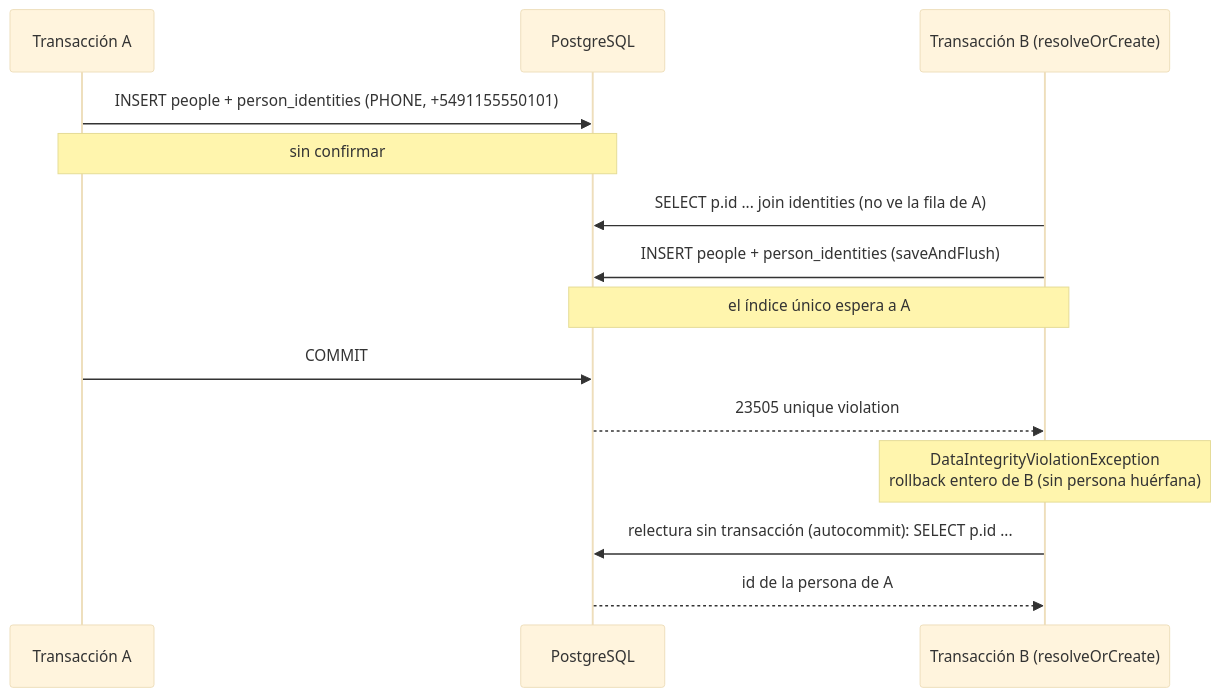
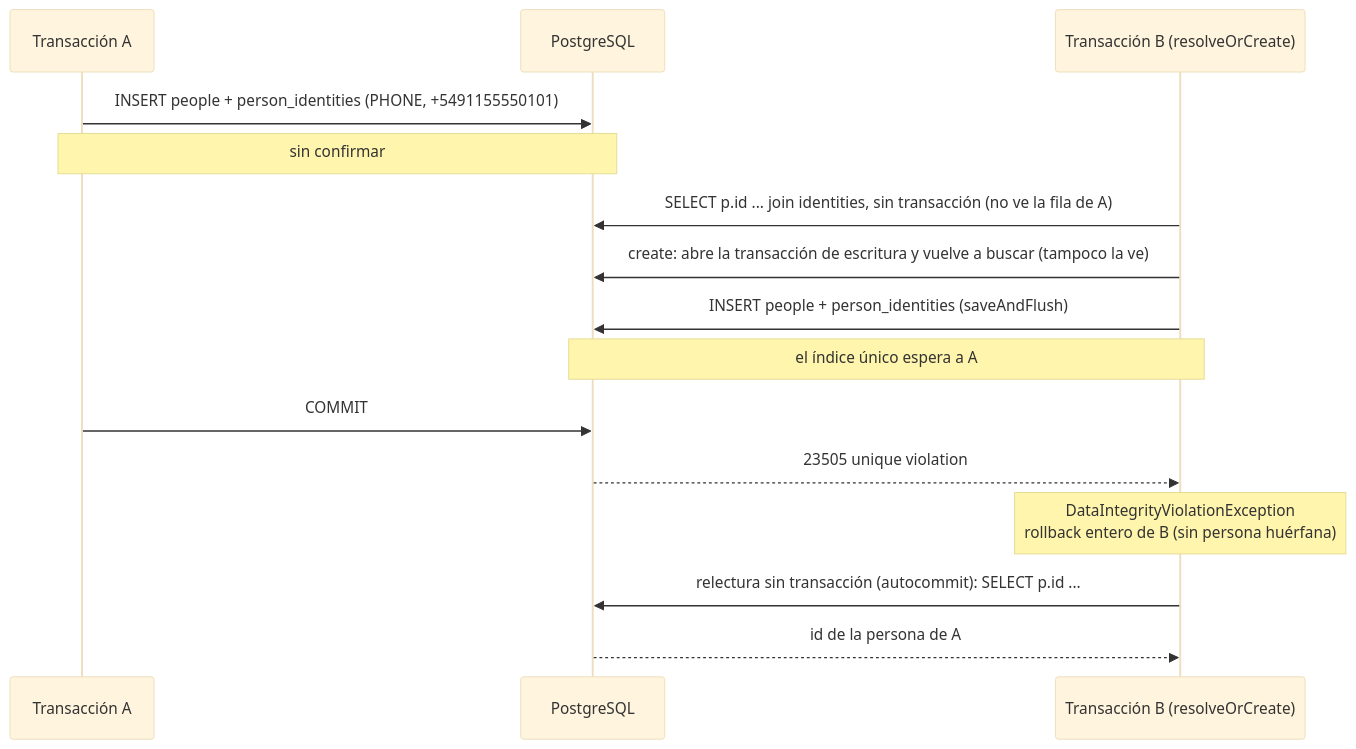
Before and after one commit to zapmaxvevo/communicator-one: the second of 2 diagrams in docs/personas.md, drawn with Mermaid (base theme). The commit also changed other lines of this file and 7 other files, not shown here.

````diff
--- a/docs/personas.md
+++ b/docs/personas.md
@@ -119,16 +121,17 @@
 ```mermaid
 sequenceDiagram
     participant A as Transacción A
     participant DB as PostgreSQL
     participant B as Transacción B (resolveOrCreate)
     A->>DB: INSERT people + person_identities (PHONE, +5491155550101)
     Note over A,DB: sin confirmar
-    B->>DB: SELECT p.id ... join identities (no ve la fila de A)
+    B->>DB: SELECT p.id ... join identities, sin transacción (no ve la fila de A)
+    B->>DB: create: abre la transacción de escritura y vuelve a buscar (tampoco la ve)
     B->>DB: INSERT people + person_identities (saveAndFlush)
     Note over B,DB: el índice único espera a A
     A->>DB: COMMIT
     DB-->>B: 23505 unique violation
     Note over B: DataIntegrityViolationException<br/>rollback entero de B (sin persona huérfana)
     B->>DB: relectura sin transacción (autocommit): SELECT p.id ...
     DB-->>B: id de la persona de A
 ```
````
